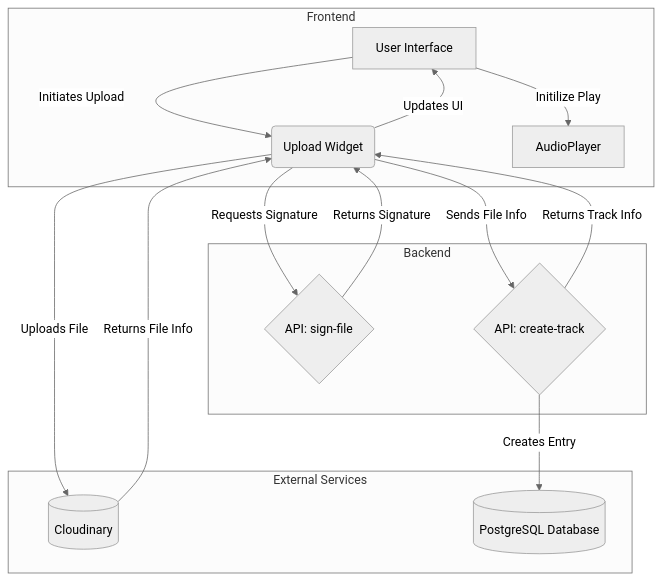
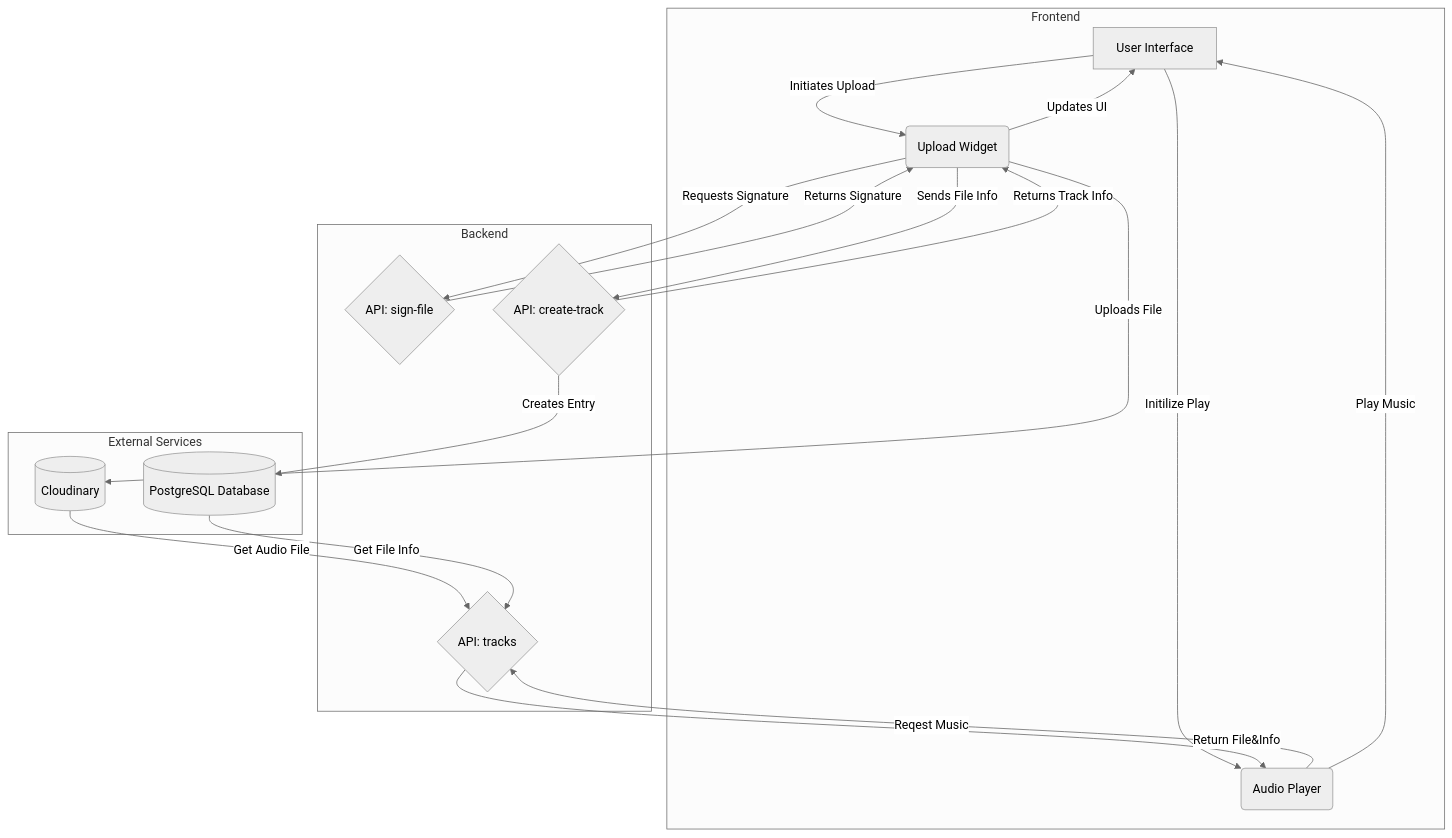
The diagram in README.md (FrantisekI/audio-player), drawn with Mermaid (neutral theme) before and after one commit.

Commit message:
modified:   README.md

````diff
--- a/README.md
+++ b/README.md
@@ -39,30 +39,36 @@
 ```mermaid
 graph TD
     UserInterface[User Interface] -->|Initiates Upload| UploadWidget(Upload Widget)
     UploadWidget -->|Requests Signature| APIsignFile{API: sign-file}
     APIsignFile -->|Returns Signature| UploadWidget
     UploadWidget -->|Uploads File| Cloudinary[(Cloudinary)]
-    Cloudinary -->|Returns File Info| UploadWidget
     UploadWidget -->|Sends File Info| APIcreateTrack{API: create-track}
     APIcreateTrack -->|Creates Entry| PostgreSQL[(PostgreSQL Database)]
     APIcreateTrack -->|Returns Track Info| UploadWidget
     UploadWidget -->|Updates UI| UserInterface
-    UserInterface -->|Initilize Play| AudioPlayer
+    UserInterface -->|Initilize Play| AudioPlayer(Audio Player)
+    AudioPlayer --> |Reqest Music| APIgetTrack{API: tracks}
+    Cloudinary --> |Get Audio File| APIgetTrack
+    PostgreSQL --> |Get File Info| APIgetTrack
+    APIgetTrack --> |Return File&Info| AudioPlayer
+    AudioPlayer --> |Play Music| UserInterface
+    
 
     subgraph "Frontend"
     UserInterface
     UploadWidget
     AudioPlayer
     end
 
     subgraph "Backend"
     APIsignFile
     APIcreateTrack
+    APIgetTrack
     end
 
     subgraph "External Services"
     Cloudinary
     PostgreSQL
     end
 
 ```
````
